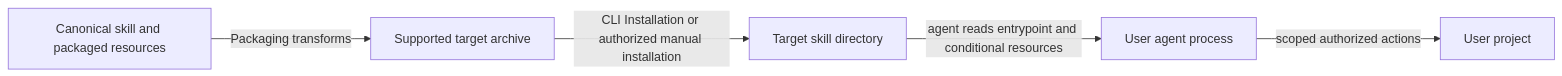
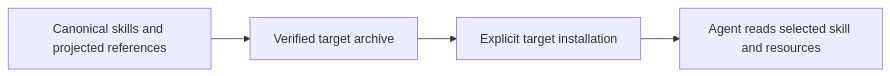
One commit to xiongxianfei/rigorloop changed the second of 2 diagrams in docs/design/skill/skill.md. Above: the diagram before and after it, drawn with Mermaid. The commit also changed other lines of this file and 512 other files, not shown here.

````diff
--- a/docs/design/skill/skill.md
+++ b/docs/design/skill/skill.md
@@ -192,7 +193,6 @@
 ```mermaid
 flowchart LR
-    Source["Canonical skill and packaged resources"] -->|"Packaging transforms"| Archive["Supported target archive"]
-    Archive -->|"CLI Installation or authorized manual installation"| Target["Target skill directory"]
-    Target -->|"agent reads entrypoint and conditional resources"| Agent["User agent process"]
-    Agent -->|"scoped authorized actions"| Project["User project"]
+  Source["Canonical skills and projected references"] --> Package["Verified target archive"]
+  Package --> Install["Explicit target installation"]
+  Install --> Agent["Agent reads selected skill and resources"]
 ```
````
